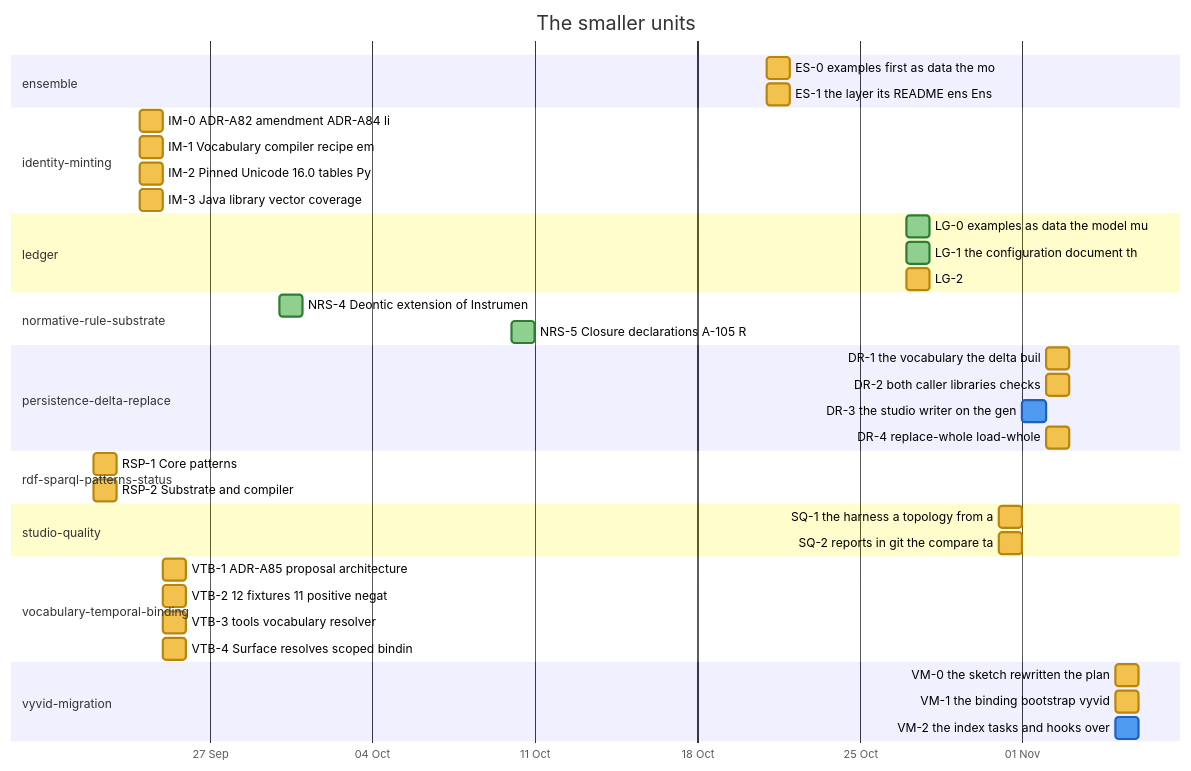
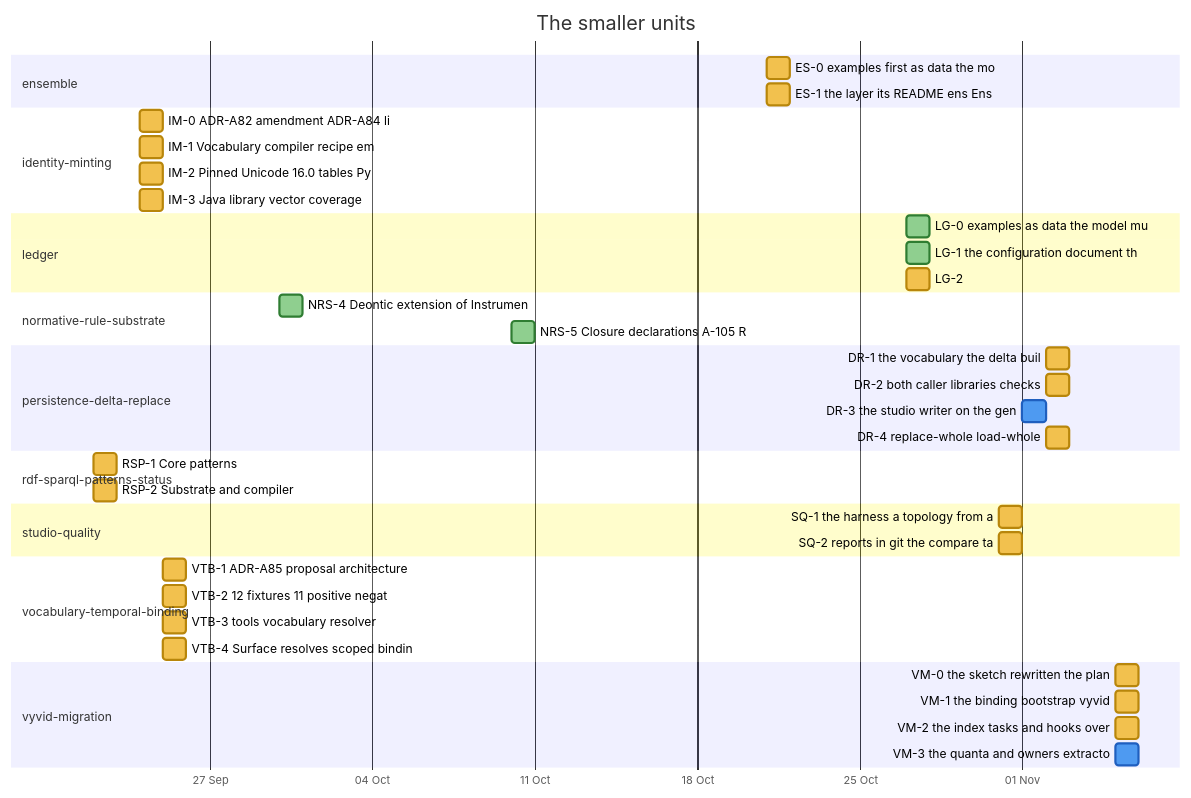
One commit to nebularis/lattice changed diagram 16 of 25 in docs/developer/ROADMAP.md. Above: the diagram before and after it, drawn with Mermaid. The commit also changed other lines of this file and 26 other files, not shown here.

First line of the commit message:
VM-3 built: the quanta and owners extractor, the knowledge tests against Vyvid's store, the old modules removed

````diff
--- a/docs/developer/ROADMAP.md
+++ b/docs/developer/ROADMAP.md
@@ -459,42 +459,43 @@
 ```mermaid
 %%{init: {"themeVariables": {"taskBkgColor": "#f2c14e", "taskBorderColor": "#b8860b", "taskTextColor": "#000000", "activeTaskBkgColor": "#4e9af1", "activeTaskBorderColor": "#1f5fbf", "activeTaskBorderColor": "#1f5fbf", "doneTaskBkgColor": "#8fcf8f", "doneTaskBorderColor": "#2f7d32", "critBkgColor": "#f28b82", "critBorderColor": "#b23a30", "taskTextDarkColor": "#000000", "taskTextLightColor": "#000000"}}}%%
 gantt
     title The smaller units
     dateFormat YYYY-MM-DD
     axisFormat %d %b
     section ensemble
     ES-0 examples first as data the mo :es0, 2026-10-21, 2026-10-22
     ES-1 the layer its README ens Ens :es1, 2026-10-21, 2026-10-22
     section identity-minting
     IM-0 ADR-A82 amendment ADR-A84 li :im0, 2026-09-24, 2026-09-25
     IM-1 Vocabulary compiler recipe em :im1, 2026-09-24, 2026-09-25
     IM-2 Pinned Unicode 16.0 tables Py :im2, 2026-09-24, 2026-09-25
     IM-3 Java library vector coverage :im3, 2026-09-24, 2026-09-25
     section ledger
     LG-0 examples as data the model mu :done, lg0, 2026-10-27, 2026-10-28
     LG-1 the configuration document th :done, lg1, 2026-10-27, 2026-10-28
     LG-2 :lg2, 2026-10-27, 2026-10-28
     section normative-rule-substrate
     NRS-4 Deontic extension of Instrumen :done, nrs4, 2026-09-30, 2026-10-01
     NRS-5 Closure declarations A-105 R :done, nrs5, 2026-10-10, 2026-10-11
     section persistence-delta-replace
     DR-1 the vocabulary the delta buil :dr1, 2026-11-02, 2026-11-03
     DR-2 both caller libraries checks :dr2, 2026-11-02, 2026-11-03
     DR-3 the studio writer on the gen :active, dr3, 2026-11-01, 2026-11-02
     DR-4 replace-whole load-whole :dr4, 2026-11-02, 2026-11-03
     section rdf-sparql-patterns-status
     RSP-1 Core patterns :rsp1, 2026-09-22, 2026-09-23
     RSP-2 Substrate and compiler :rsp2, 2026-09-22, 2026-09-23
     section studio-quality
     SQ-1 the harness a topology from a :sq1, 2026-10-31, 2026-11-01
     SQ-2 reports in git the compare ta :sq2, 2026-10-31, 2026-11-01
     section vocabulary-temporal-binding
     VTB-1 ADR-A85 proposal architecture :vtb1, 2026-09-25, 2026-09-26
     VTB-2 12 fixtures 11 positive negat :vtb2, 2026-09-25, 2026-09-26
     VTB-3 tools vocabulary resolver :vtb3, 2026-09-25, 2026-09-26
     VTB-4 Surface resolves scoped bindin :vtb4, 2026-09-25, 2026-09-26
     section vyvid-migration
     VM-0 the sketch rewritten the plan :vm0, 2026-11-05, 2026-11-06
     VM-1 the binding bootstrap vyvid :vm1, 2026-11-05, 2026-11-06
-    VM-2 the index tasks and hooks over :active, vm2, 2026-11-05, 2026-11-06
+    VM-2 the index tasks and hooks over :vm2, 2026-11-05, 2026-11-06
+    VM-3 the quanta and owners extracto :active, vm3, 2026-11-05, 2026-11-06
 ```
````
